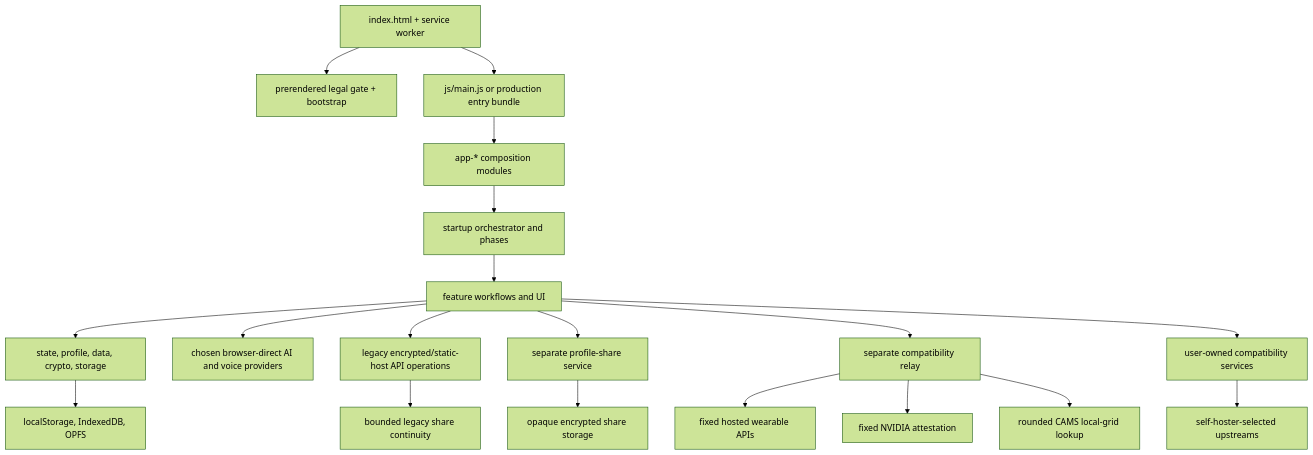
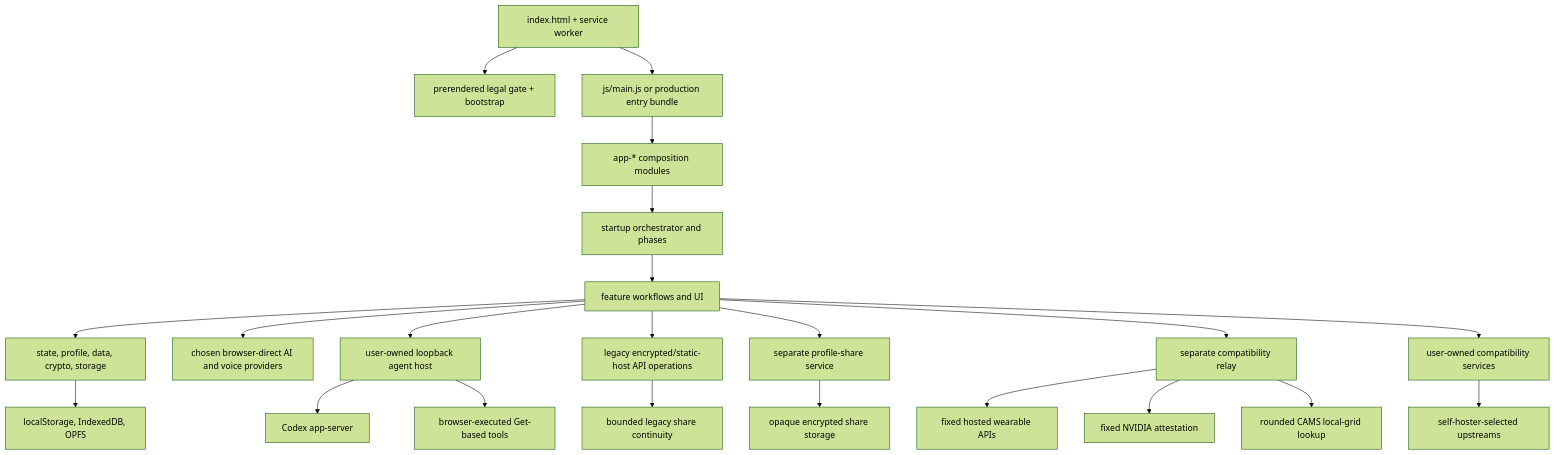
The diagram in ARCHITECTURE.md (elkimek/get-based), drawn with Mermaid (forest theme) before and after one commit. The commit also changed other lines of this file and 75 other files, not shown here.

````diff
--- a/ARCHITECTURE.md
+++ b/ARCHITECTURE.md
@@ -35,21 +35,24 @@
 ```mermaid
 flowchart TD
   HTML[index.html + service worker] --> Legal[prerendered legal gate + bootstrap]
   HTML --> Main[js/main.js or production entry bundle]
   Main --> Composition[app-* composition modules]
   Composition --> Startup[startup orchestrator and phases]
   Startup --> Features[feature workflows and UI]
   Features --> Foundation[state, profile, data, crypto, storage]
   Foundation --> BrowserStorage[localStorage, IndexedDB, OPFS]
   Features --> Direct[chosen browser-direct AI and voice providers]
+  Features --> AgentHost[user-owned loopback agent host]
+  AgentHost --> Codex[Codex app-server]
+  AgentHost --> AgentTools[browser-executed Get-based tools]
   Features --> Vercel[legacy encrypted/static-host API operations]
   Vercel --> LegacyCiphertext[bounded legacy share continuity]
   Features --> ProfileShare[separate profile-share service]
   ProfileShare --> Ciphertext[opaque encrypted share storage]
   Features --> Compatibility[separate compatibility relay]
   Compatibility --> Wearables[fixed hosted wearable APIs]
   Compatibility --> Attestation[fixed NVIDIA attestation]
   Compatibility --> Cams[rounded CAMS local-grid lookup]
   Features --> SelfHost[user-owned compatibility services]
   SelfHost --> Upstreams[self-hoster-selected upstreams]
 ```
````
